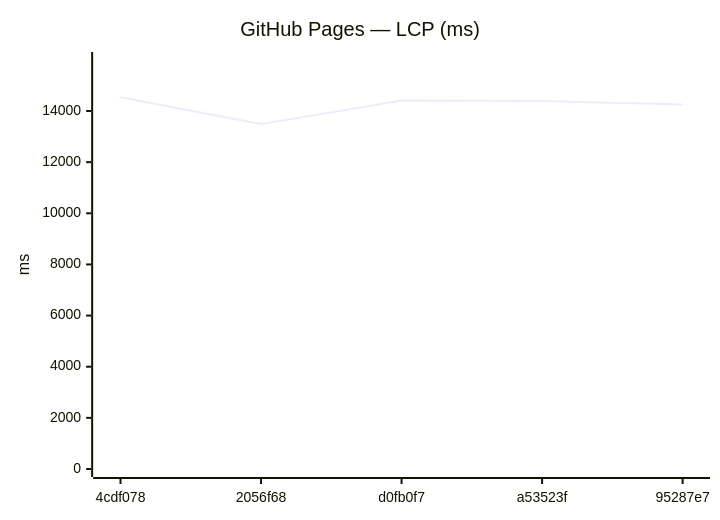
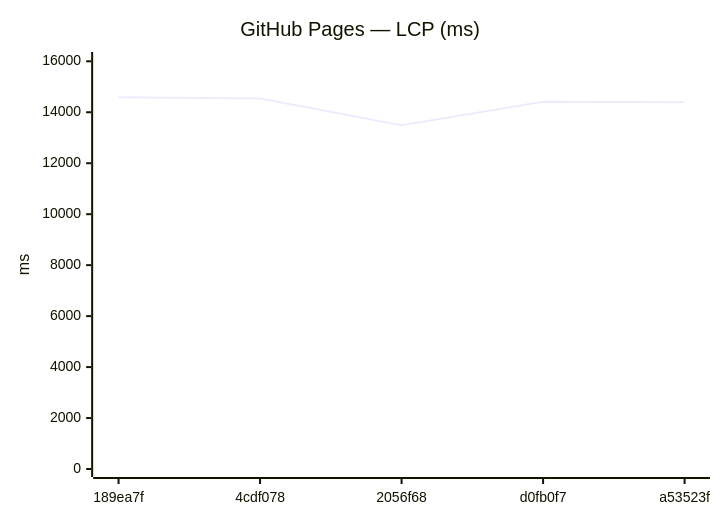
One commit to Metaheurist/Rianell changed the ninth of 18 diagrams in benchmarks/compare.md. Above: the diagram before and after it, drawn with Mermaid. The commit also changed other lines of this file and 11 other files, not shown here.

````diff
--- a/benchmarks/compare.md
+++ b/benchmarks/compare.md
@@ -142,7 +142,7 @@
 ```mermaid
 xychart-beta
     title "GitHub Pages — LCP (ms)"
-    x-axis ["4cdf078", "2056f68", "d0fb0f7", "a53523f", "95287e7"]
-    y-axis "ms" 0 --> 15995
-    line [14540, 13488, 14410, 14392, 14255]
+    x-axis ["189ea7f", "4cdf078", "2056f68", "d0fb0f7", "a53523f"]
+    y-axis "ms" 0 --> 16051
+    line [14591, 14540, 13488, 14410, 14392]
 ```
````
